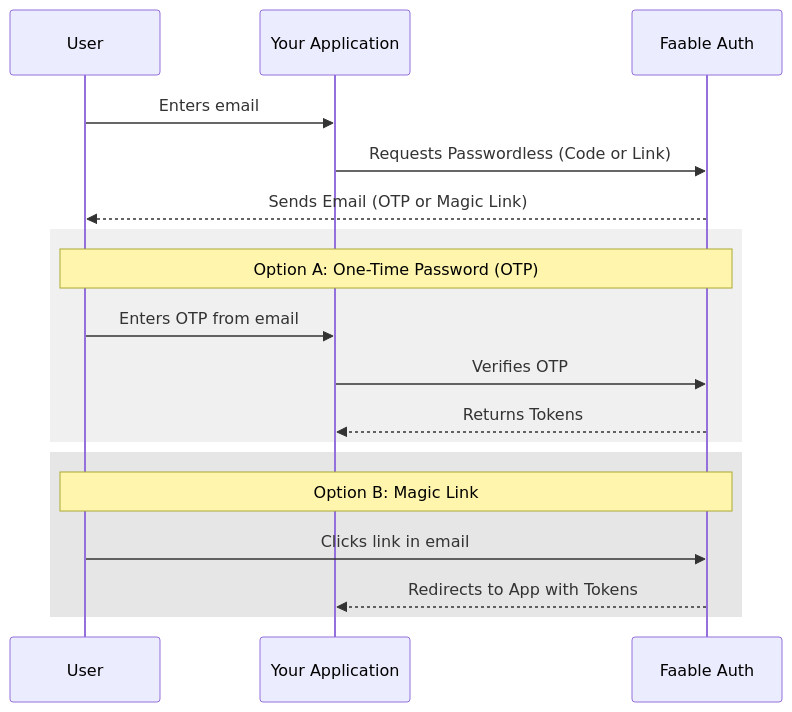
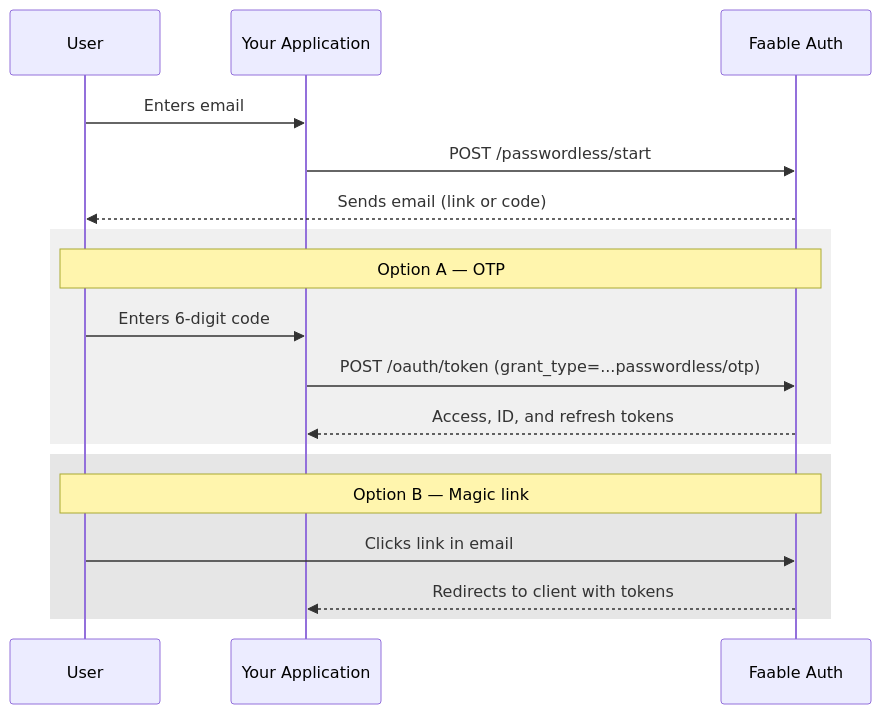
One commit to faablecloud/docs changed the diagram in content/auth/passwordless.mdx. Above: the diagram before and after it, drawn with Mermaid. The commit also changed other lines of this file and 19 other files, not shown here.

````diff
--- a/content/auth/passwordless.mdx
+++ b/content/auth/passwordless.mdx
@@ -19,23 +14,23 @@
 ```mermaid
 sequenceDiagram
     participant User
     participant App as Your Application
     participant Faable as Faable Auth
 
     User->>App: Enters email
-    App->>Faable: Requests Passwordless (Code or Link)
-    Faable-->>User: Sends Email (OTP or Magic Link)
+    App->>Faable: POST /passwordless/start
+    Faable-->>User: Sends email (link or code)
 
     rect rgb(240, 240, 240)
-        Note over User, Faable: Option A: One-Time Password (OTP)
-        User->>App: Enters OTP from email
-        App->>Faable: Verifies OTP
-        Faable-->>App: Returns Tokens
+        Note over User, Faable: Option A — OTP
+        User->>App: Enters 6-digit code
+        App->>Faable: POST /oauth/token (grant_type=...passwordless/otp)
+        Faable-->>App: Access, ID, and refresh tokens
     end
 
     rect rgb(230, 230, 230)
-        Note over User, Faable: Option B: Magic Link
+        Note over User, Faable: Option B — Magic link
         User->>Faable: Clicks link in email
-        Faable-->>App: Redirects to App with Tokens
+        Faable-->>App: Redirects to client with tokens
     end
 ```
````
